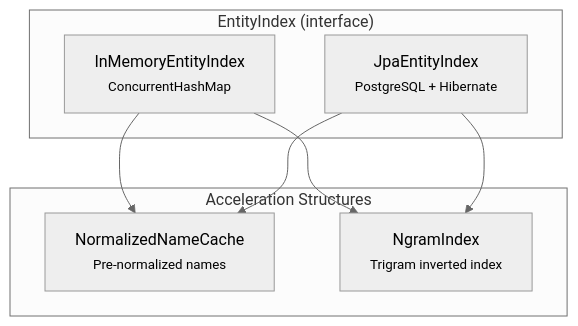
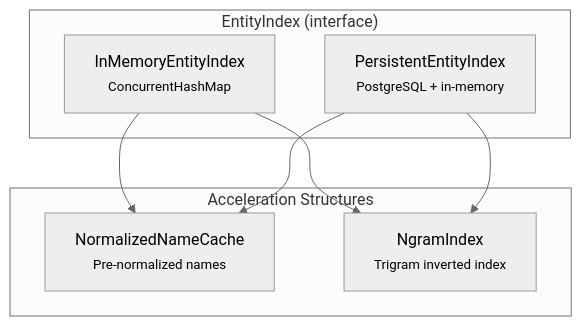
The fourth of 4 diagrams in docs/architecture/data-flow.rst (AbgarSim/sieve-aml), drawn with Mermaid (neutral theme) before and after one commit. The commit also changed other lines of this file and 30 other files, not shown here.

First line of the commit message:
Make PostgreSQL the system of record with the screening index built from it

```diff
--- a/docs/architecture/data-flow.rst
+++ b/docs/architecture/data-flow.rst
@@ -132,17 +132,17 @@
 .. mermaid::
 
    flowchart TD
        subgraph "EntityIndex (interface)"
            IM["InMemoryEntityIndex<br/><small>ConcurrentHashMap</small>"]
-           JPA["JpaEntityIndex<br/><small>PostgreSQL + Hibernate</small>"]
+           PI["PersistentEntityIndex<br/><small>PostgreSQL + in-memory</small>"]
        end
 
        subgraph "Acceleration Structures"
            NC["NormalizedNameCache<br/><small>Pre-normalized names</small>"]
            NG["NgramIndex<br/><small>Trigram inverted index</small>"]
        end
 
        IM --> NC
        IM --> NG
-       JPA --> NC
-       JPA --> NG
+       PI --> NC
+       PI --> NG
```
